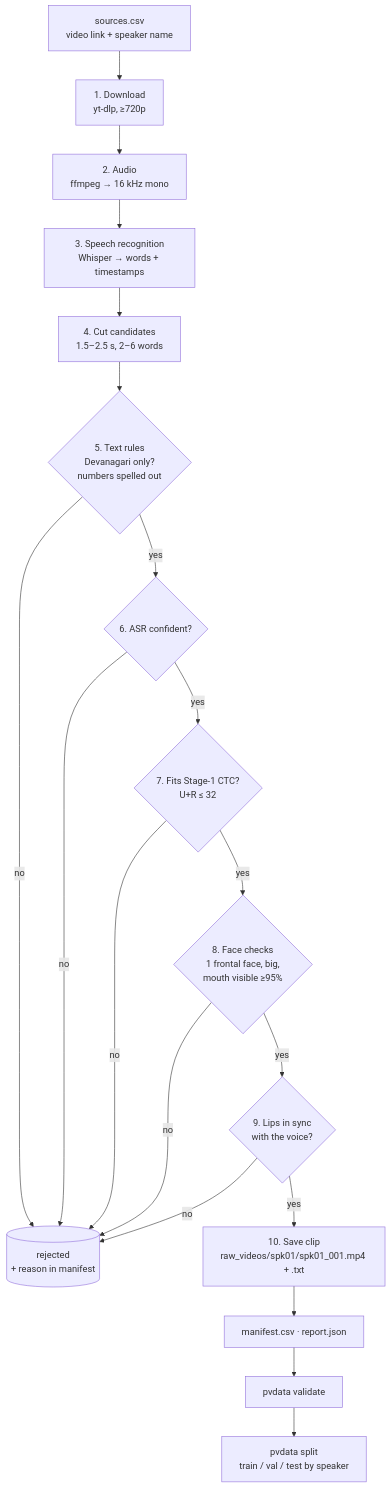
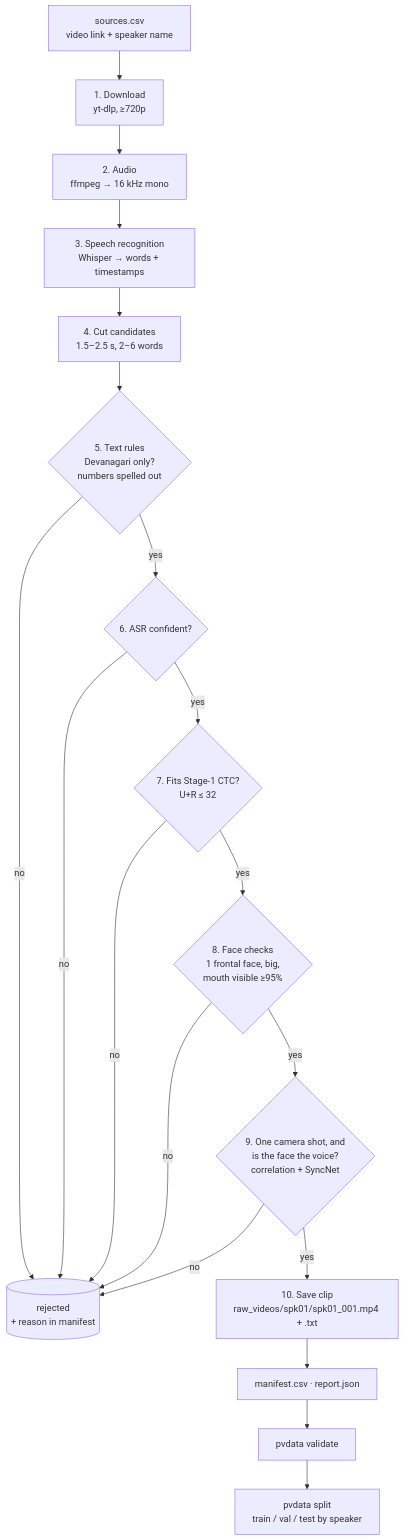
Before and after one commit to kartikeyagrawal2007/punarvaani-data: the second of 3 diagrams in docs/DATA_ENGINE_GUIDE.md, drawn with Mermaid. The commit also changed other lines of this file and 12 other files, not shown here.

````diff
--- a/docs/DATA_ENGINE_GUIDE.md
+++ b/docs/DATA_ENGINE_GUIDE.md
@@ -45,20 +45,20 @@
 ```mermaid
 flowchart TD
     S[sources.csv<br/>video link + speaker name] --> D1[1. Download<br/>yt-dlp, ≥720p]
     D1 --> D2[2. Audio<br/>ffmpeg → 16 kHz mono]
     D2 --> D3[3. Speech recognition<br/>Whisper → words + timestamps]
     D3 --> D4[4. Cut candidates<br/>1.5–2.5 s, 2–6 words]
     D4 --> C1{5. Text rules<br/>Devanagari only?<br/>numbers spelled out}
     C1 -- no --> R[(rejected<br/>+ reason in manifest)]
     C1 -- yes --> C2{6. ASR confident?}
     C2 -- no --> R
     C2 -- yes --> C3{7. Fits Stage-1 CTC?<br/>U+R ≤ 32}
     C3 -- no --> R
     C3 -- yes --> C4{8. Face checks<br/>1 frontal face, big,<br/>mouth visible ≥95%}
     C4 -- no --> R
-    C4 -- yes --> C5{9. Lips in sync<br/>with the voice?}
+    C4 -- yes --> C5{9. One camera shot, and<br/>is the face the voice?<br/>correlation + SyncNet}
     C5 -- no --> R
     C5 -- yes --> OK[10. Save clip<br/>raw_videos/spk01/spk01_001.mp4 + .txt]
     OK --> M[manifest.csv · report.json]
     M --> V[pvdata validate] --> SP[pvdata split<br/>train / val / test by speaker]
 ```
````
